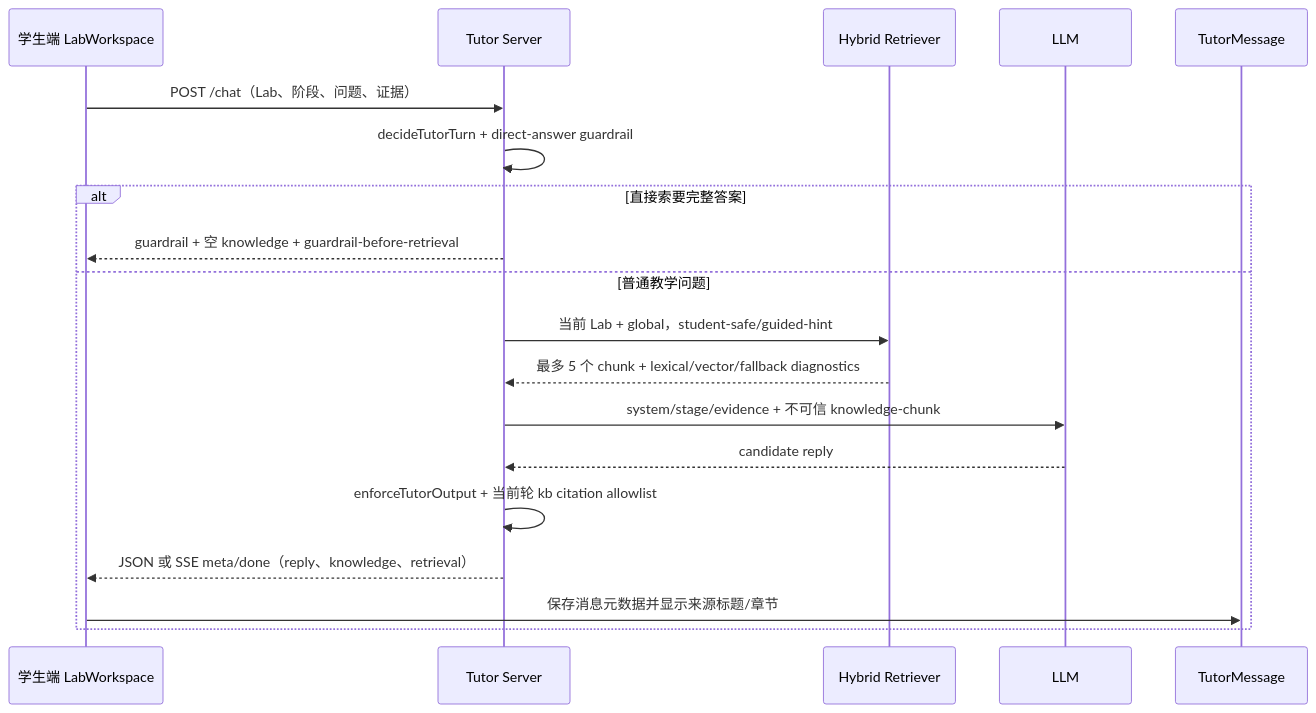
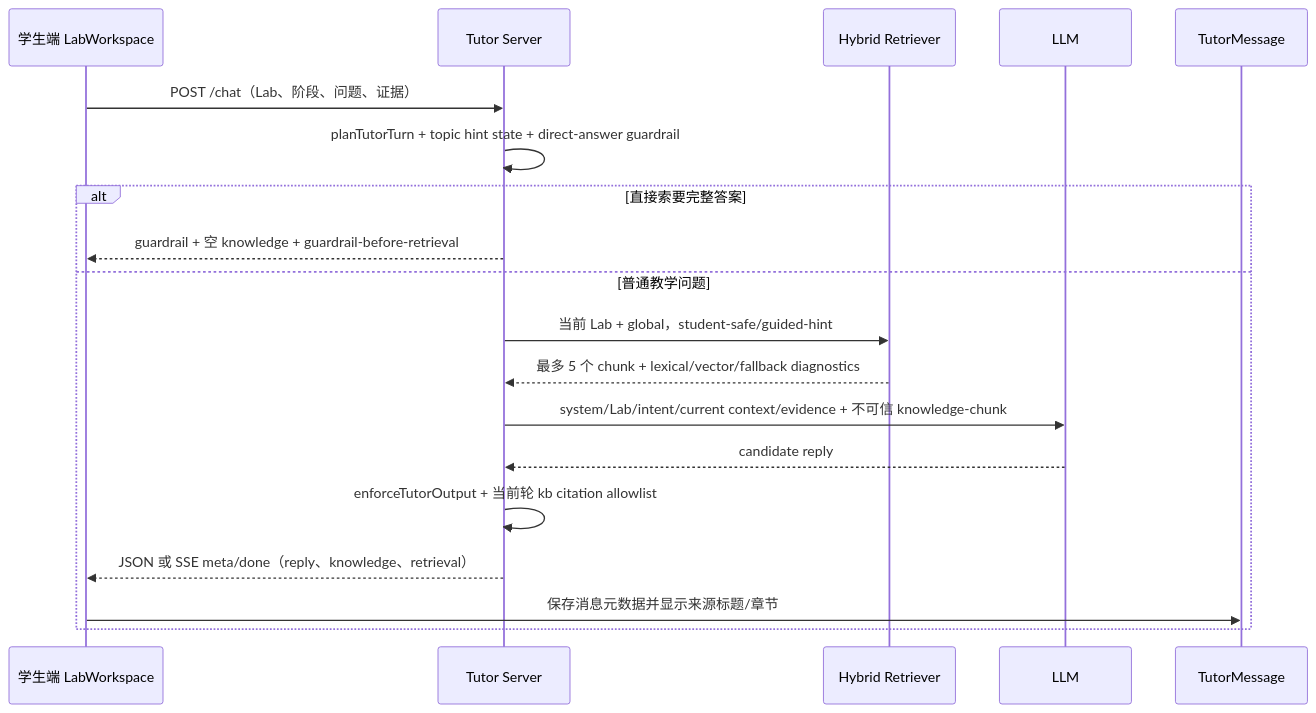
One commit to AM-SuSh/EVOLVE changed diagram 11 of 11 in os-lab/docs/agent-system-technical.md. Above: the diagram before and after it, drawn with Mermaid. The commit also changed other lines of this file and 6 other files, not shown here.

Commit message:
同步AI导师意图路由与评分文档

````diff
--- a/os-lab/docs/agent-system-technical.md
+++ b/os-lab/docs/agent-system-technical.md
@@ -506,21 +498,21 @@
 ```mermaid
 sequenceDiagram
   participant U as 学生端 LabWorkspace
   participant S as Tutor Server
   participant K as Hybrid Retriever
   participant M as LLM
   participant V as TutorMessage
   U->>S: POST /chat（Lab、阶段、问题、证据）
-  S->>S: decideTutorTurn + direct-answer guardrail
+  S->>S: planTutorTurn + topic hint state + direct-answer guardrail
   alt 直接索要完整答案
     S-->>U: guardrail + 空 knowledge + guardrail-before-retrieval
   else 普通教学问题
     S->>K: 当前 Lab + global，student-safe/guided-hint
     K-->>S: 最多 5 个 chunk + lexical/vector/fallback diagnostics
-    S->>M: system/stage/evidence + 不可信 knowledge-chunk
+    S->>M: system/Lab/intent/current context/evidence + 不可信 knowledge-chunk
     M-->>S: candidate reply
     S->>S: enforceTutorOutput + 当前轮 kb citation allowlist
     S-->>U: JSON 或 SSE meta/done（reply、knowledge、retrieval）
     U->>V: 保存消息元数据并显示来源标题/章节
   end
 ```
````
